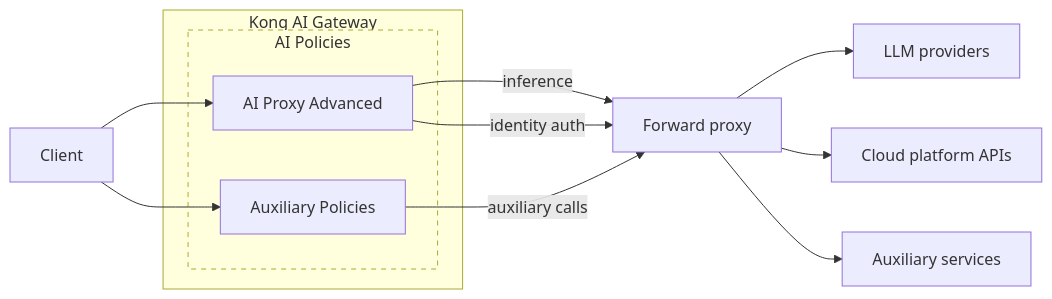
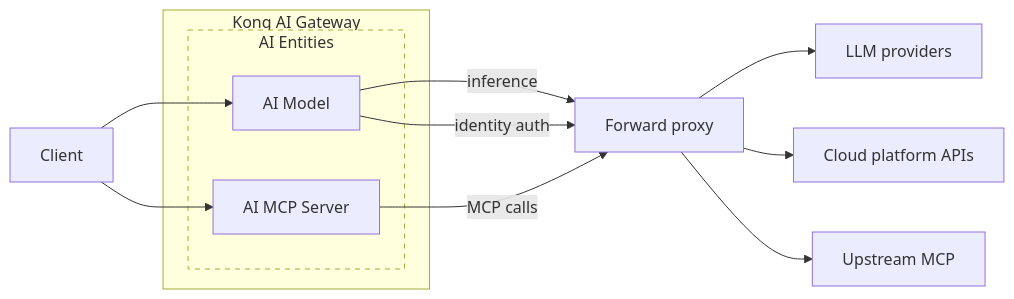
Before and after one commit to Kong/developer.konghq.com: the diagram in app/ai-gateway/forward-proxy.md, drawn with Mermaid. The commit also changed other lines of this file, not shown here.

```diff
--- a/app/ai-gateway/forward-proxy.md
+++ b/app/ai-gateway/forward-proxy.md
@@ -51,18 +51,18 @@
 {% mermaid %}
 flowchart LR
-  Client --> AIProxy
+  Client --> AIModel
   Client --> Aux
   subgraph Gateway_Group[Kong AI Gateway]
-    subgraph Policies[AI Policies]
-      AIProxy[AI Proxy Advanced]
-      Aux[Auxiliary Policies]
+    subgraph Policies[AI Entities]
+      AIModel[AI Model]
+      Aux[AI MCP Server]
     end
   end
-  AIProxy -- inference --> Proxy[Forward proxy]
-  AIProxy -- "identity auth" --> Proxy
-  Aux -- "auxiliary calls" --> Proxy
+  AIModel -- inference --> Proxy[Forward proxy]
+  AIModel -- "identity auth" --> Proxy
+  Aux -- "MCP calls" --> Proxy
   Proxy --> LLM[LLM providers]
   Proxy --> CloudAPI[Cloud platform APIs]
-  Proxy --> AuxSvc[Auxiliary services]
+  Proxy --> AuxSvc[Upstream MCP]
   style Policies stroke-dasharray: 5 5
 {% endmermaid %}
```
